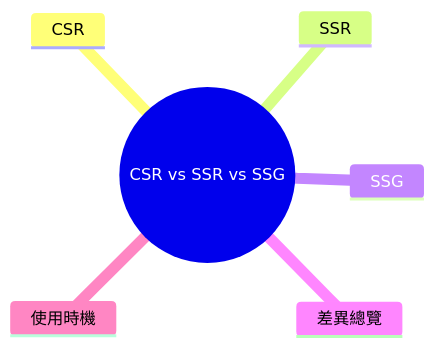
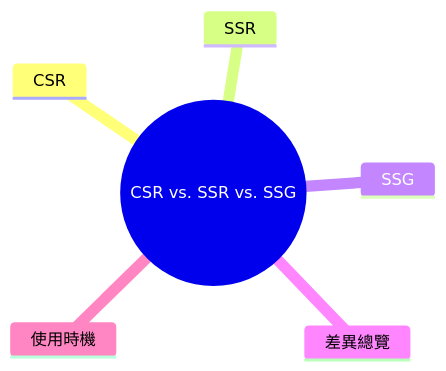
The first of 4 diagrams in src/posts/zh-TW/web-csr-ssr-ssg.mdx (Charmying/blog), drawn with Mermaid before and after one commit. The commit also changed other lines of this file and 41 other files, not shown here.

````diff
--- a/src/posts/zh-TW/web-csr-ssr-ssg.mdx
+++ b/src/posts/zh-TW/web-csr-ssr-ssg.mdx
@@ -18,9 +18,9 @@
 ```mermaid
 mindmap
-    root((CSR vs SSR vs SSG))
+    root((CSR vs. SSR vs. SSG))
         CSR
         SSR
         SSG
         差異總覽
         使用時機
 ```
````
